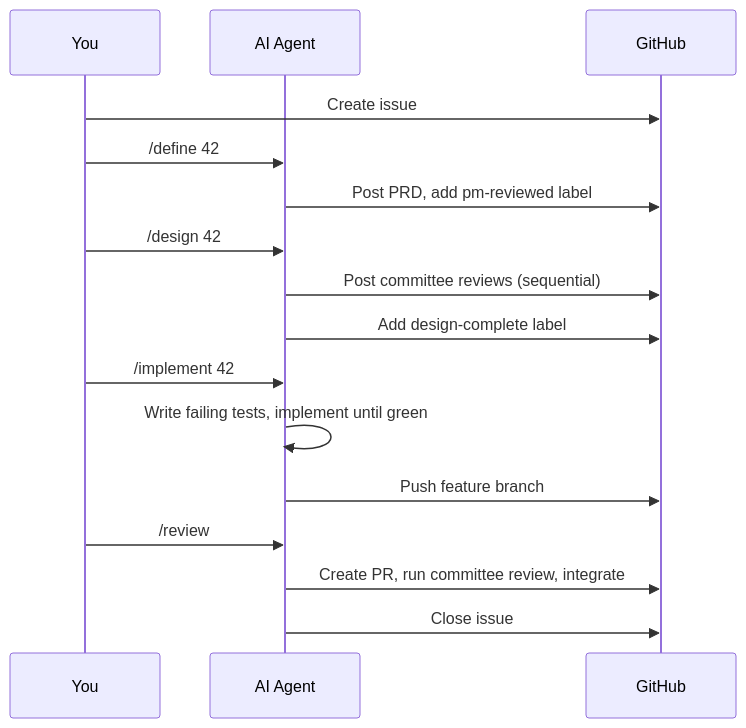
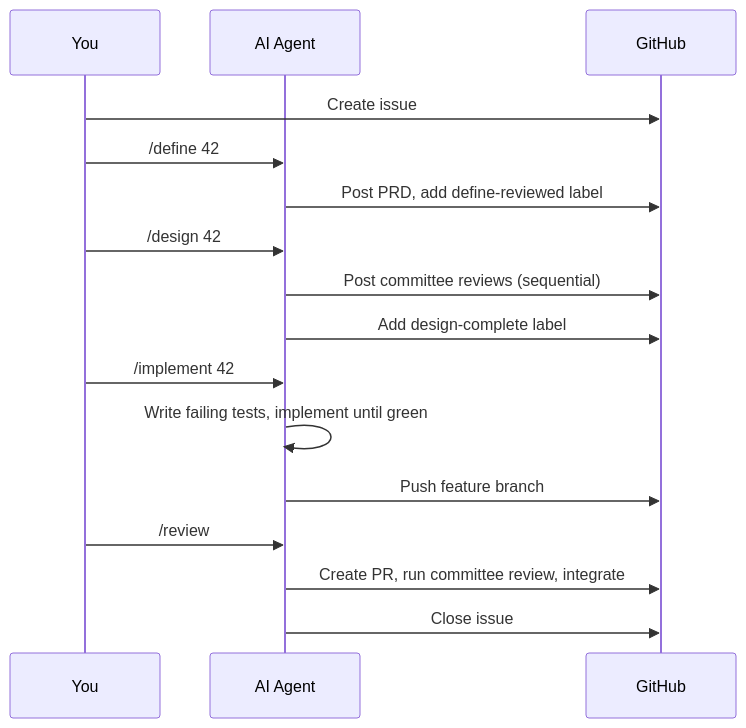
One commit to suniljames/directives changed the diagram in docs/getting-started.md. Above: the diagram before and after it, drawn with Mermaid. The commit also changed other lines of this file and 29 other files, not shown here.

````diff
--- a/docs/getting-started.md
+++ b/docs/getting-started.md
@@ -123,19 +123,19 @@
 ```mermaid
 sequenceDiagram
     participant You
     participant AI as AI Agent
     participant GH as GitHub
 
     You->>GH: Create issue
     You->>AI: /define 42
-    AI->>GH: Post PRD, add pm-reviewed label
+    AI->>GH: Post PRD, add define-reviewed label
     You->>AI: /design 42
     AI->>GH: Post committee reviews (sequential)
     AI->>GH: Add design-complete label
     You->>AI: /implement 42
     AI->>AI: Write failing tests, implement until green
     AI->>GH: Push feature branch
     You->>AI: /review
     AI->>GH: Create PR, run committee review, integrate
     AI->>GH: Close issue
 ```
````
